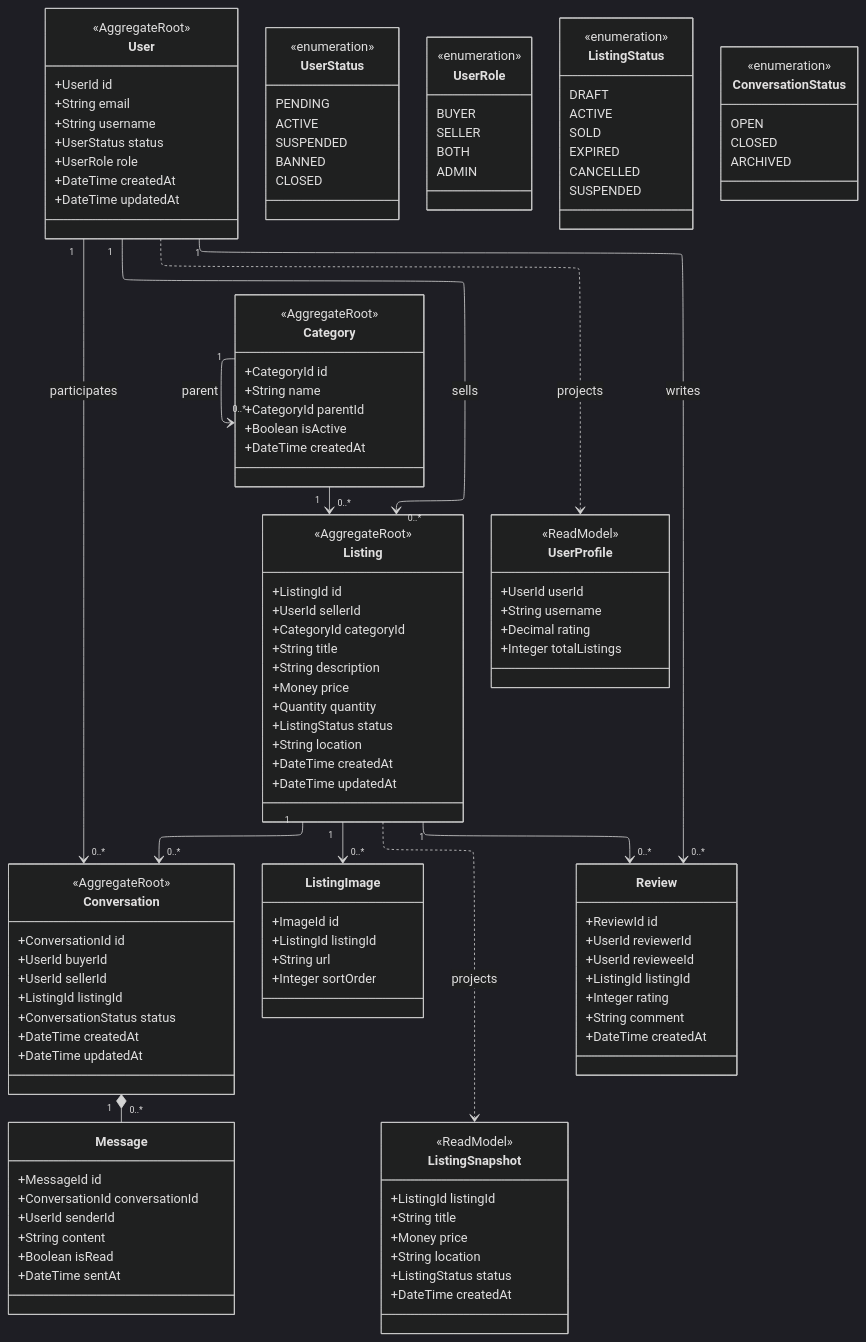
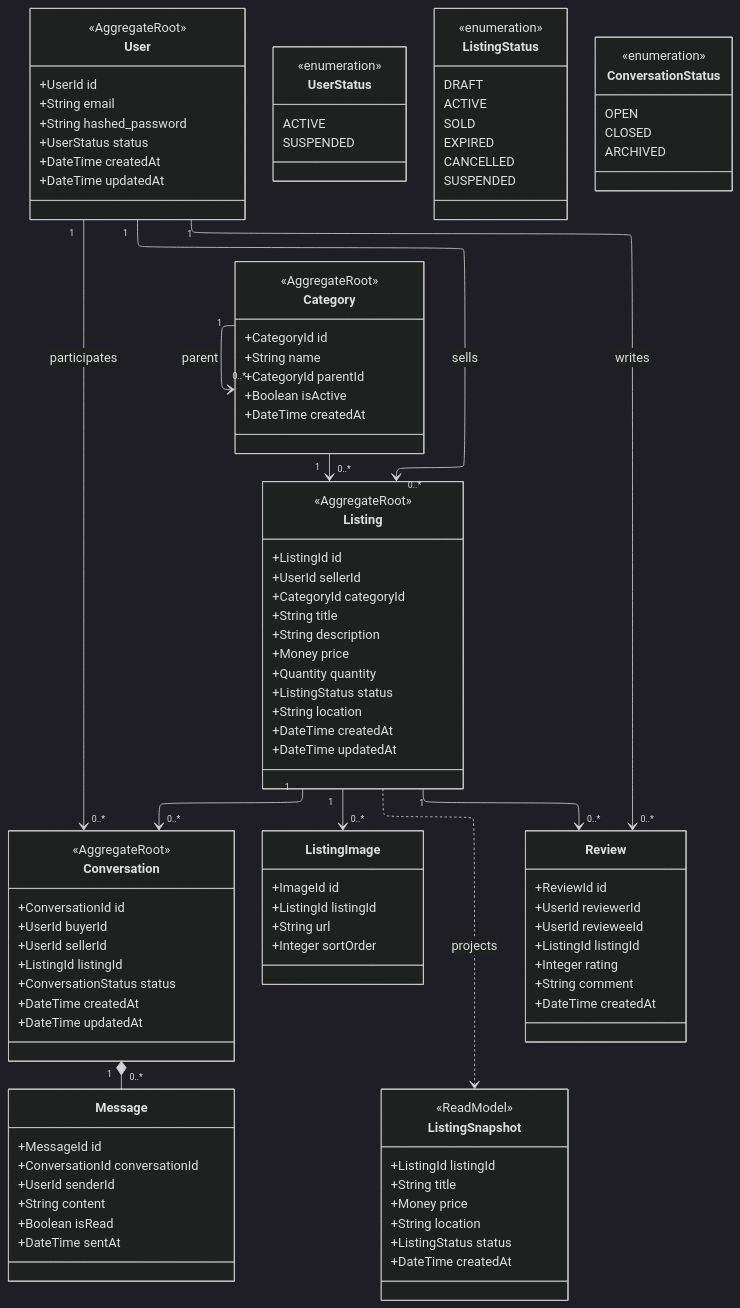
The diagram in docs/domain-model.md (HDAI654/Kologram), drawn with Mermaid before and after one commit. The commit also changed 2 other files, not shown here.

Commit message:
docker files' bugs are fixes

````diff
--- a/docs/domain-model.md
+++ b/docs/domain-model.md
@@ -14,9 +14,8 @@
     <<AggregateRoot>>
     +UserId id
     +String email
-    +String username
+    +String hashed_password
     +UserStatus status
-    +UserRole role
     +DateTime createdAt
     +DateTime updatedAt
 }
@@ -100,33 +99,14 @@
     +DateTime createdAt
 }
 
-class UserProfile {
-    <<ReadModel>>
-    +UserId userId
-    +String username
-    +Decimal rating
-    +Integer totalListings
-}
-
 %% ==========================================================
 %% ENUMS
 %% ==========================================================
 
 class UserStatus {
     <<enumeration>>
-    PENDING
     ACTIVE
     SUSPENDED
-    BANNED
-    CLOSED
-}
-
-class UserRole {
-    <<enumeration>>
-    BUYER
-    SELLER
-    BOTH
-    ADMIN
 }
 
 class ListingStatus {
@@ -164,5 +144,4 @@
 Conversation "1" *-- "0..*" Message
 
 Listing ..> ListingSnapshot : projects
-User ..> UserProfile : projects
 ```
````
